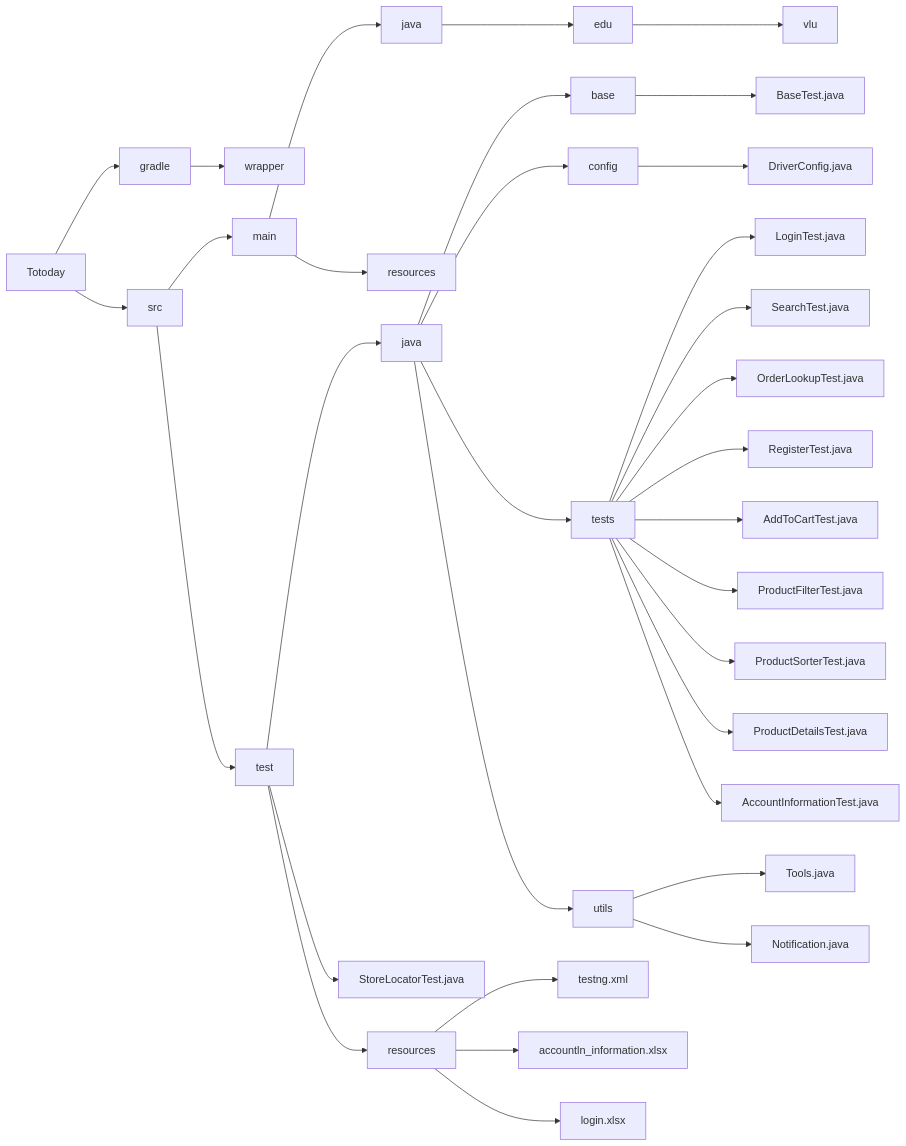
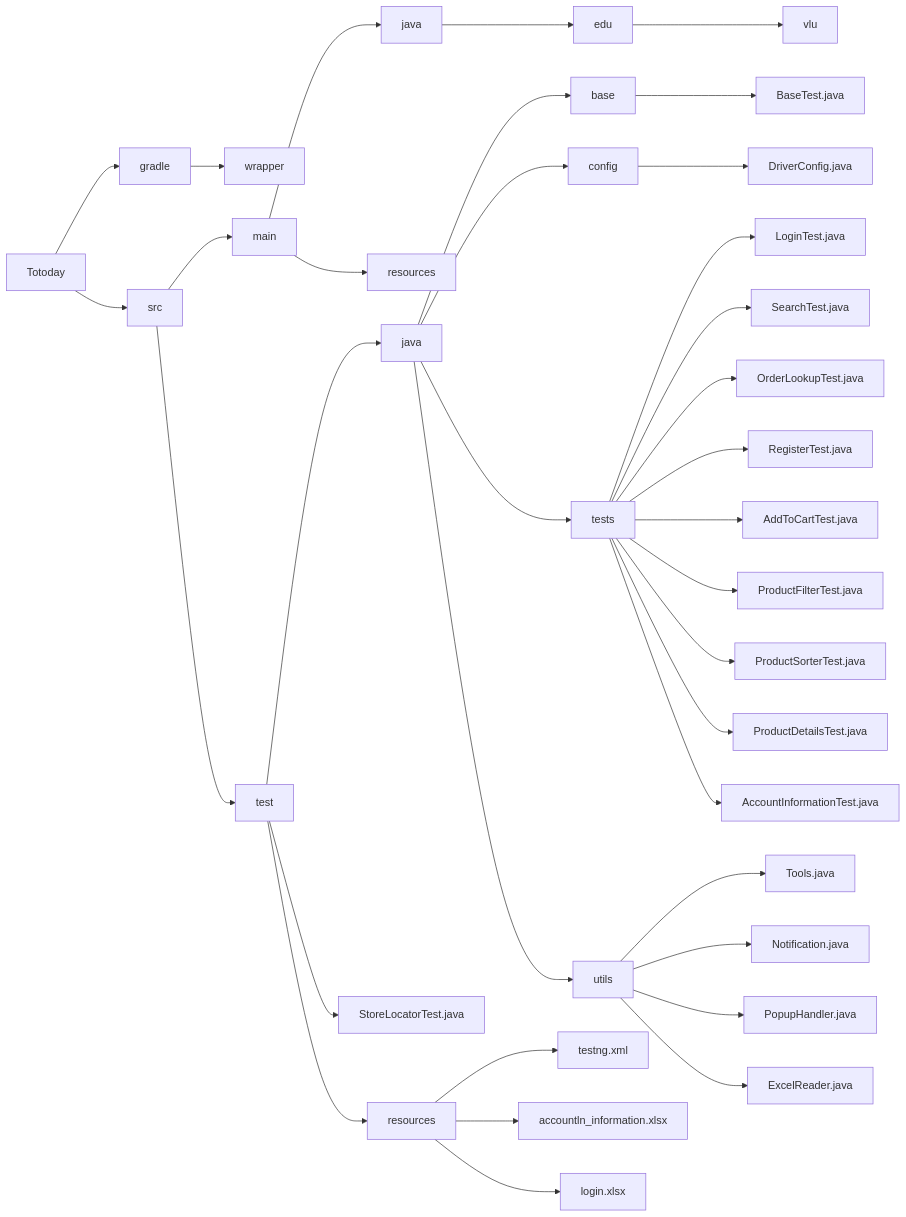
The diagram in README.md (shinki04/TotodayWebTesting), drawn with Mermaid before and after one commit.

````diff
--- a/README.md
+++ b/README.md
@@ -2,38 +2,41 @@
 ```mermaid
 graph LR;
     D[Totoday]
     D --> gradle;
     gradle --> wrapper;
     
     D --> src;
     src --> main;
     main --> java;
     java --> edu;
     edu --> vlu;
     main --> resources;
     
     src --> test;
     test --> java_test["java"];
     java_test --> base;
     base --> BaseTest.java;
     java_test --> config;
     config --> DriverConfig.java
     java_test --> tests;
     tests --> LoginTest.java;
     tests --> SearchTest.java;
     tests --> OrderLookupTest.java;
     tests --> RegisterTest.java;
     tests --> AddToCartTest.java;
     tests --> ProductFilterTest.java;
     tests --> ProductSorterTest.java;
     tests --> ProductDetailsTest.java;
     test --> StoreLocatorTest.java;
     tests --> AccountInformationTest.java;
     java_test --> utils;
-    utils --> Tools.java
-    utils --> Notification.java
+    utils --> Tools.java;
+    utils --> Notification.java;
+    utils --> PopupHandler.java;
+    utils --> ExcelReader.java;
     test --> resources_test["resources"];
     resources_test --> testng.xml
     resources_test -->accountln_information.xlsx;
     resources_test --> login.xlsx;
+
 ```
````
